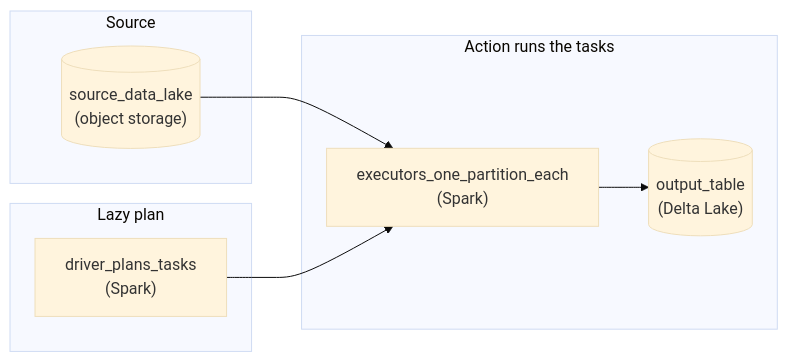
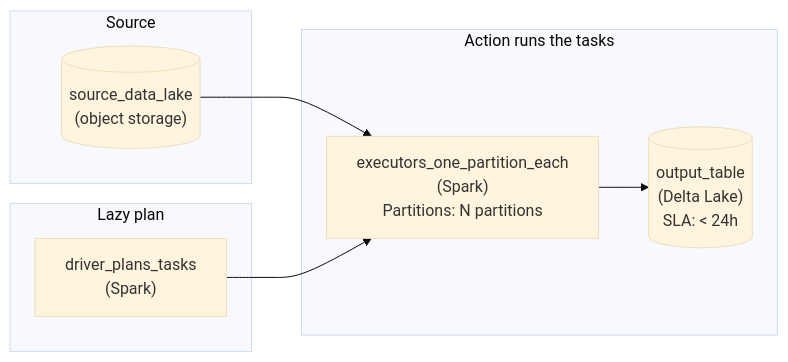
The second of 6 diagrams in lesson_preview/interview/architecture/pipeline_distributed_compute_beginner.md (Dulain-Willis/study-helper), drawn with Mermaid (base theme) before and after one commit. The commit also changed other lines of this file and 26 other files, not shown here.

First line of the commit message:
Mermaid diagrams: show tags and extra values inside each node (#43)

````diff
--- a/lesson_preview/interview/architecture/pipeline_distributed_compute_beginner.md
+++ b/lesson_preview/interview/architecture/pipeline_distributed_compute_beginner.md
@@ -331,16 +331,16 @@
 ```mermaid
 flowchart LR
     subgraph L0["Source"]
         n0[("source_data_lake<br/>(object storage)")]
     end
     subgraph L1["Lazy plan"]
         n1["driver_plans_tasks<br/>(Spark)"]
     end
     subgraph L2["Action runs the tasks"]
-        n2["executors_one_partition_each<br/>(Spark)"]
-        n3[("output_table<br/>(Delta Lake)")]
+        n2["executors_one_partition_each<br/>(Spark)<br/>Partitions: N partitions"]
+        n3[("output_table<br/>(Delta Lake)<br/>SLA: #60; 24h")]
     end
     n0 --> n2
     n1 --> n2
     n2 --> n3
 ```
````
